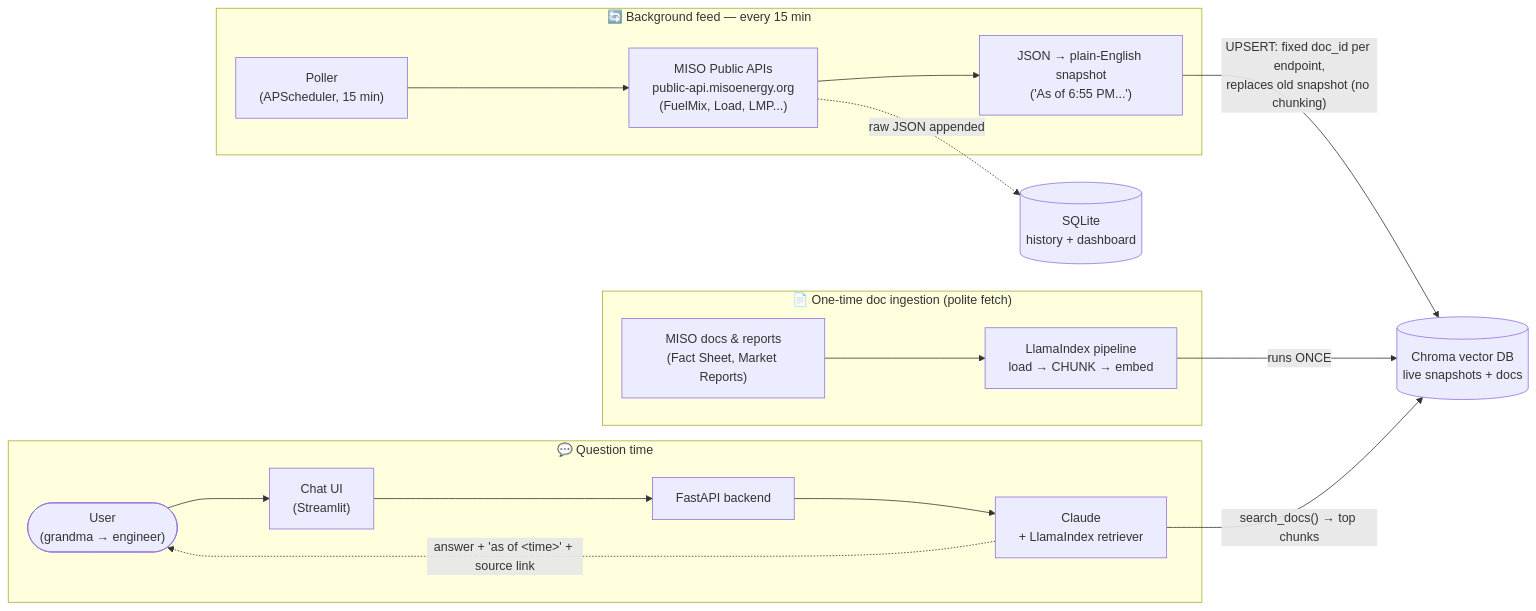
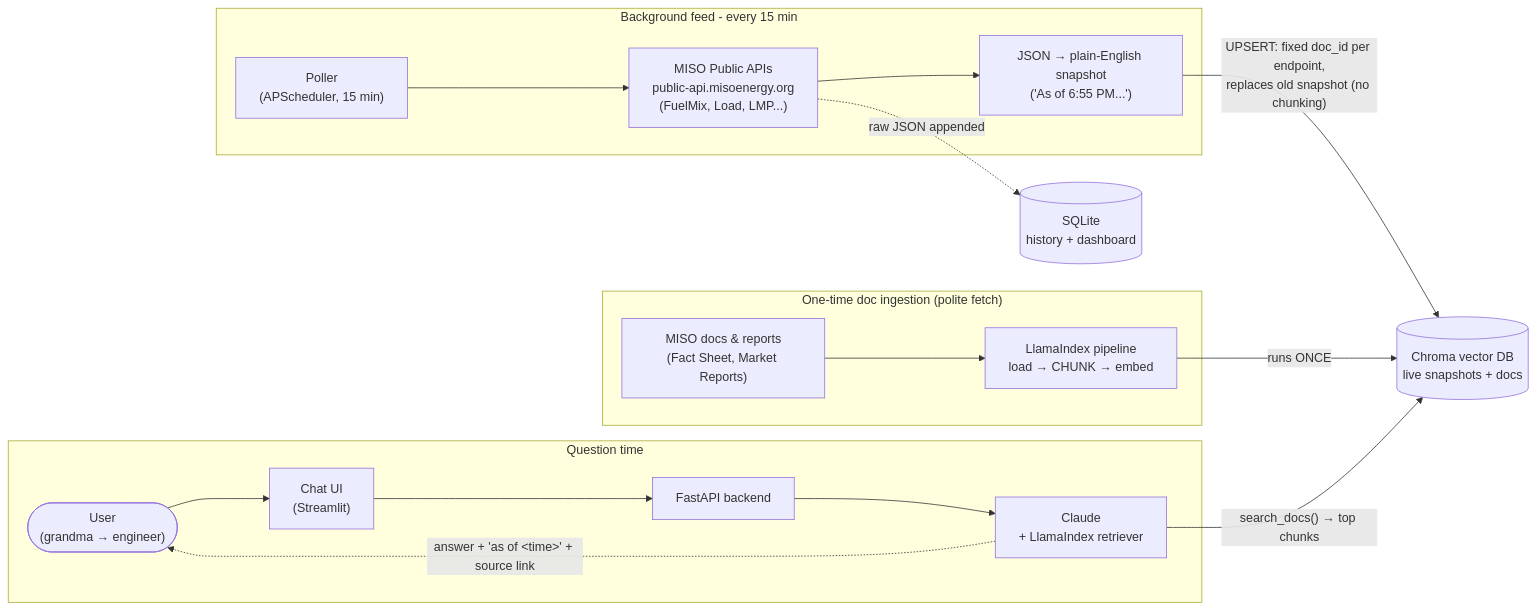
The diagram in README.md (VanshBhardwaj1945/miso-copilot), drawn with Mermaid before and after one commit. The commit also changed other lines of this file and 1 other file, not shown here.

````diff
--- a/README.md
+++ b/README.md
@@ -10,23 +10,23 @@
 ```mermaid
 flowchart LR
-    subgraph FEED["🔄 Background feed — every 15 min"]
+    subgraph FEED["Background feed - every 15 min"]
         POLL["Poller<br/>(APScheduler, 15 min)"] --> MISOAPI["MISO Public APIs<br/>public-api.misoenergy.org<br/>(FuelMix, Load, LMP...)"]
         MISOAPI --> SUMM["JSON → plain-English snapshot<br/>('As of 6:55 PM...')"]
     end
 
-    subgraph INGEST["📄 One-time doc ingestion (polite fetch)"]
+    subgraph INGEST["One-time doc ingestion (polite fetch)"]
         DOCS["MISO docs & reports<br/>(Fact Sheet, Market Reports)"] --> LI["LlamaIndex pipeline<br/>load → CHUNK → embed"]
     end
 
-    subgraph ASK["💬 Question time"]
+    subgraph ASK["Question time"]
         USER(["User<br/>(grandma → engineer)"]) --> UI["Chat UI<br/>(Streamlit)"]
         UI --> API["FastAPI backend"]
         API --> CLAUDE["Claude<br/>+ LlamaIndex retriever"]
     end
 
     SUMM -- "UPSERT: fixed doc_id per endpoint,<br/>replaces old snapshot (no chunking)" --> DB[("Chroma vector DB<br/>live snapshots + docs")]
     LI -- "runs ONCE" --> DB
     CLAUDE -- "search_docs() → top chunks" --> DB
     MISOAPI -. "raw JSON appended" .-> SQL[("SQLite<br/>history + dashboard")]
     CLAUDE -. "answer + 'as of &lt;time&gt;' + source link" .-> USER
 ```
````
